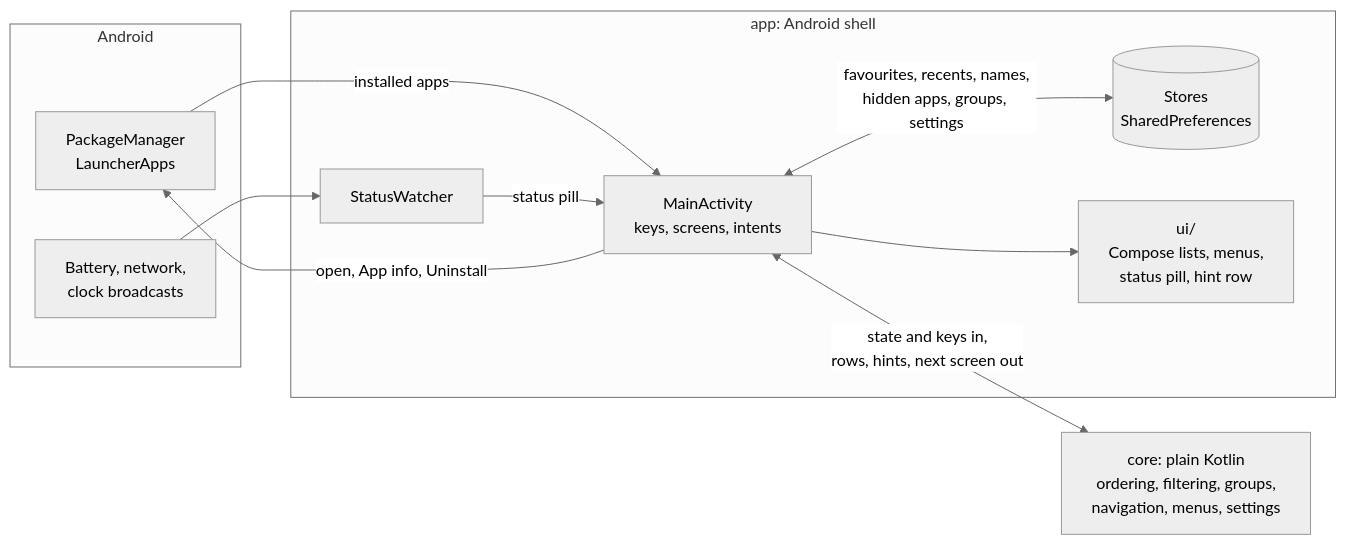
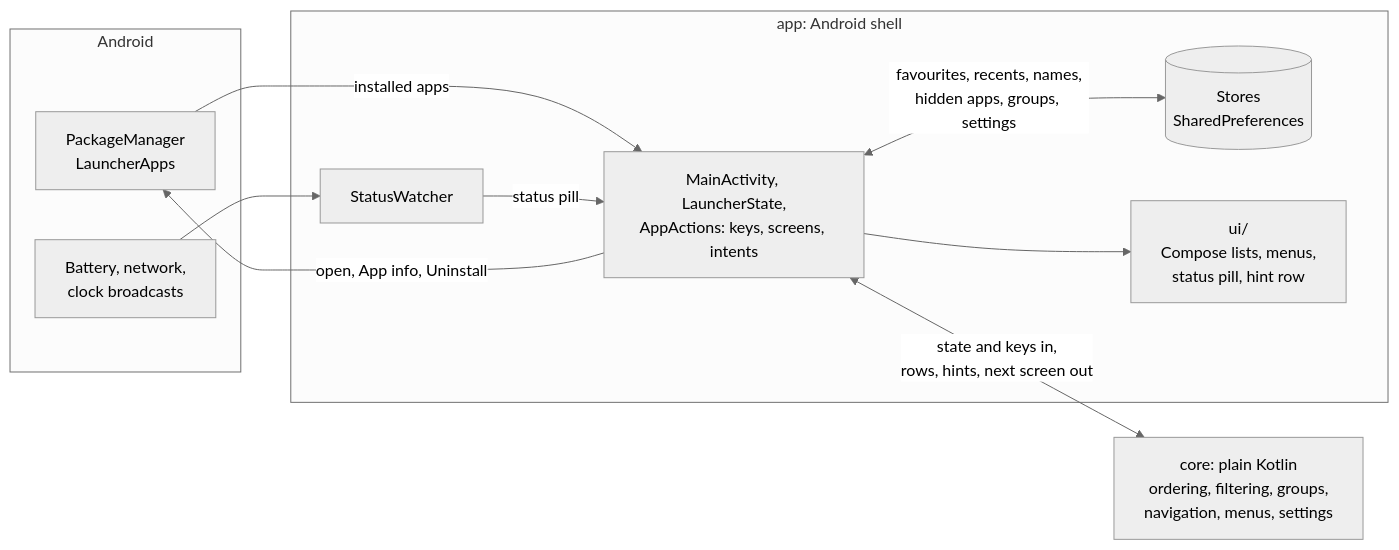
One commit to Tim-van-Oudheusden/MinimalUI changed the first of 2 diagrams in README.md. Above: the diagram before and after it, drawn with Mermaid (neutral theme). The commit also changed 11 other files, not shown here.

First line of the commit message:
refactor(app): split MainActivity into state, actions and screen composables (#143)

````diff
--- a/README.md
+++ b/README.md
@@ -115,23 +115,23 @@
 ```mermaid
 flowchart LR
   subgraph android["Android"]
     pm["PackageManager<br/>LauncherApps"]
     system["Battery, network,<br/>clock broadcasts"]
   end
 
   subgraph app["app: Android shell"]
-    activity["MainActivity<br/>keys, screens, intents"]
+    activity["MainActivity, LauncherState,<br/>AppActions: keys, screens, intents"]
     watcher["StatusWatcher"]
     stores[("Stores<br/>SharedPreferences")]
     ui["ui/<br/>Compose lists, menus,<br/>status pill, hint row"]
   end
 
   core["core: plain Kotlin<br/>ordering, filtering, groups,<br/>navigation, menus, settings"]
 
   pm -->|"installed apps"| activity
   system --> watcher -->|"status pill"| activity
   activity <-->|"favourites, recents, names,<br/>hidden apps, groups, settings"| stores
   activity <-->|"state and keys in,<br/>rows, hints, next screen out"| core
   activity --> ui
   activity -->|"open, App info, Uninstall"| pm
 ```
````
